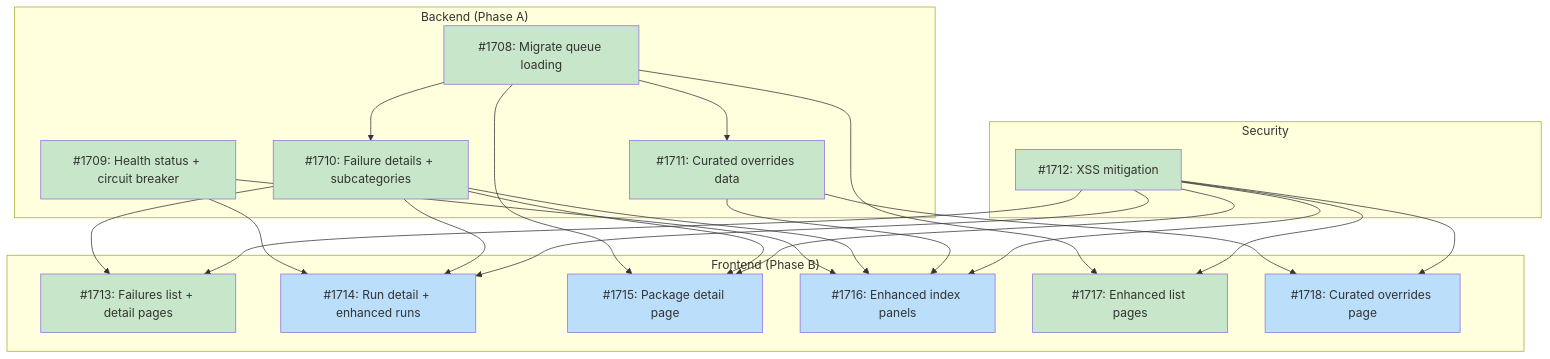
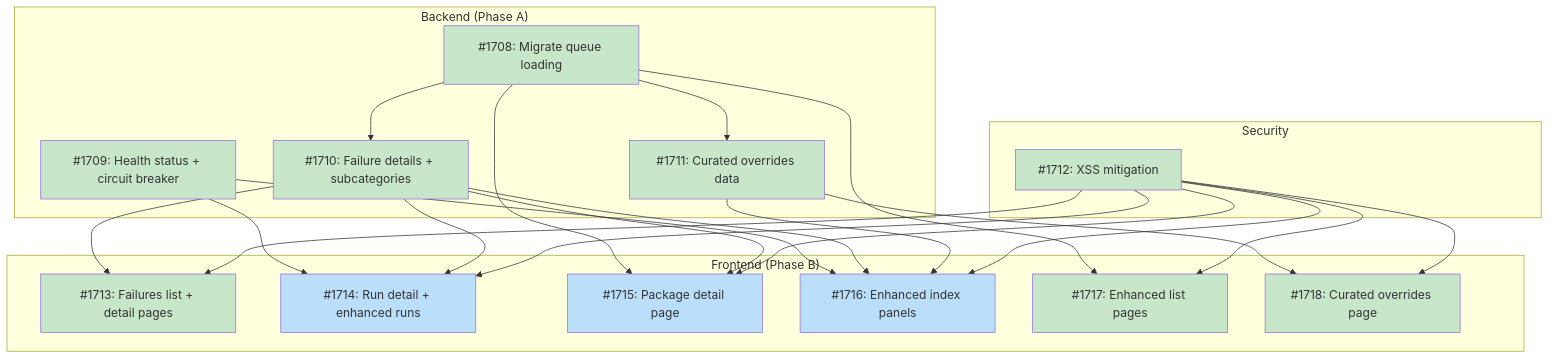
The first of 3 diagrams in docs/designs/DESIGN-dashboard-observability.md (tsukumogami/tsuku), drawn with Mermaid before and after one commit. The commit also changed other lines of this file, not shown here.

Commit message:
docs: mark #1718 done in design doc
Update dashboard-observability design doc: strikethrough #1718 in issues
table, mark I1718 done in dependency diagram. No downstream unblocks
(#1718 is a leaf node).

````diff
--- a/docs/designs/DESIGN-dashboard-observability.md
+++ b/docs/designs/DESIGN-dashboard-observability.md
@@ -67,49 +67,49 @@
 ```mermaid
 graph TD
     subgraph Backend["Backend (Phase A)"]
         I1708["#1708: Migrate queue loading"]
         I1709["#1709: Health status + circuit breaker"]
         I1710["#1710: Failure details + subcategories"]
         I1711["#1711: Curated overrides data"]
     end
 
     subgraph Security["Security"]
         I1712["#1712: XSS mitigation"]
     end
 
     subgraph Frontend["Frontend (Phase B)"]
         I1713["#1713: Failures list + detail pages"]
         I1714["#1714: Run detail + enhanced runs"]
         I1715["#1715: Package detail page"]
         I1716["#1716: Enhanced index panels"]
         I1717["#1717: Enhanced list pages"]
         I1718["#1718: Curated overrides page"]
     end
 
     I1708 --> I1710
     I1708 --> I1711
     I1708 --> I1715
     I1708 --> I1717
     I1710 --> I1713
     I1712 --> I1713
     I1709 --> I1714
     I1710 --> I1714
     I1712 --> I1714
     I1710 --> I1715
     I1712 --> I1715
     I1709 --> I1716
     I1710 --> I1716
     I1711 --> I1716
     I1712 --> I1716
     I1712 --> I1717
     I1711 --> I1718
     I1712 --> I1718
 
     classDef done fill:#c8e6c9
     classDef ready fill:#bbdefb
     classDef blocked fill:#fff9c4
     classDef needsDesign fill:#e1bee7
 
-    class I1708,I1709,I1710,I1711,I1712,I1713,I1717 done
-    class I1714,I1715,I1716,I1718 ready
+    class I1708,I1709,I1710,I1711,I1712,I1713,I1717,I1718 done
+    class I1714,I1715,I1716 ready
 ```
````
